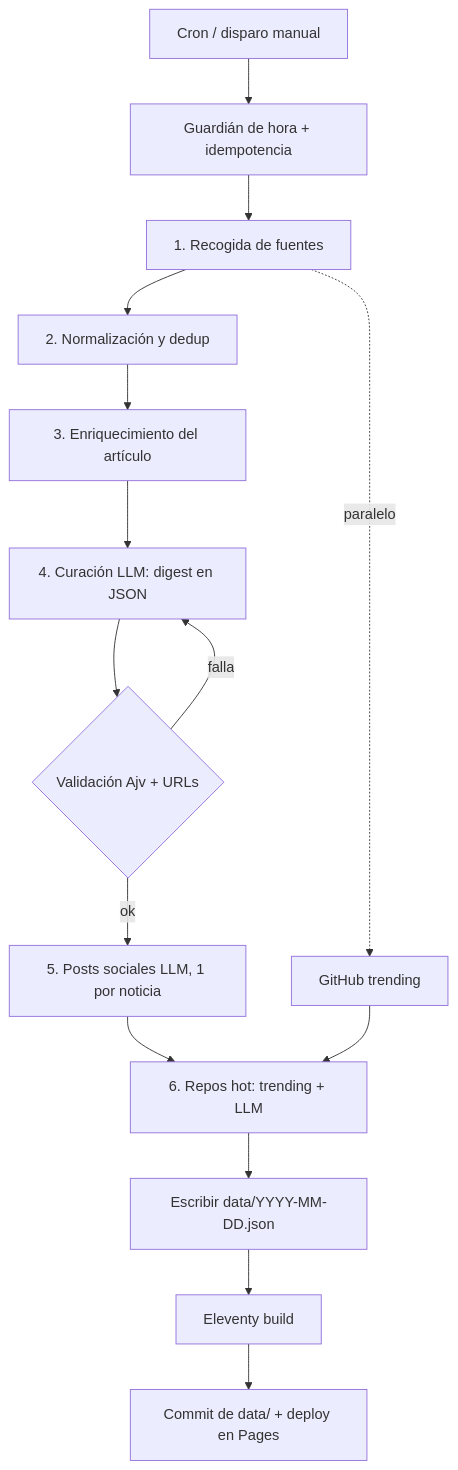
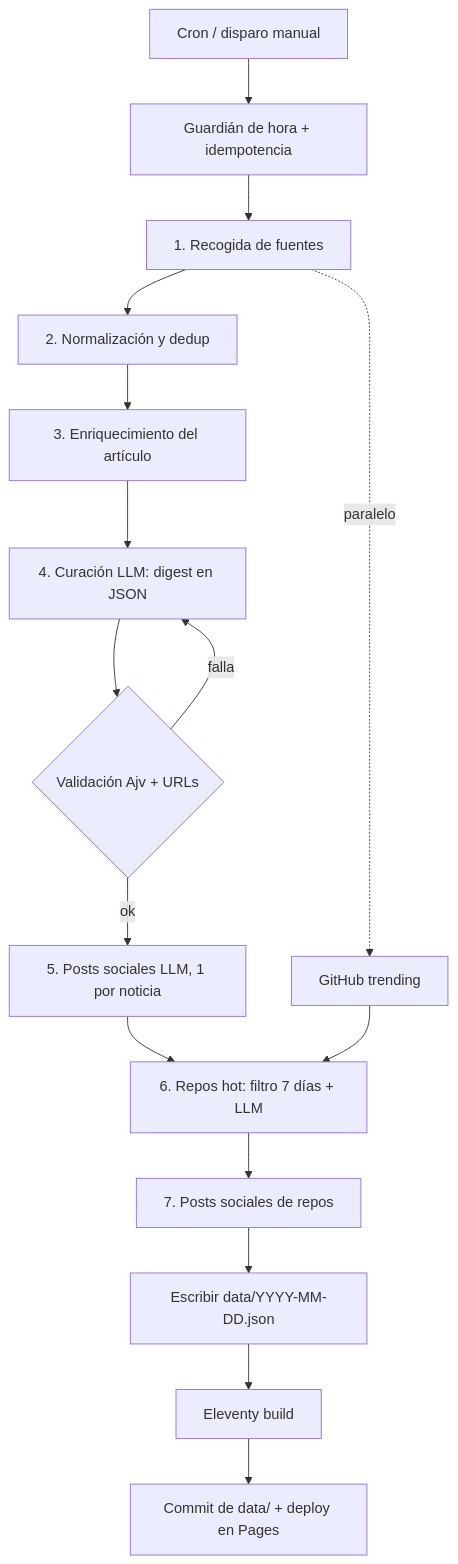
Before and after one commit to iDiagoValeta/automated-news: the diagram in docs/flujo-tecnico.md, drawn with Mermaid. The commit also changed other lines of this file and 5 other files, not shown here.

````diff
--- a/docs/flujo-tecnico.md
+++ b/docs/flujo-tecnico.md
@@ -11,17 +11,18 @@
 ```mermaid
 flowchart TD
     A[Cron / disparo manual] --> B[Guardián de hora + idempotencia]
     B --> C[1. Recogida de fuentes]
     C --> D[2. Normalización y dedup]
     D --> E[3. Enriquecimiento del artículo]
     E --> F[4. Curación LLM: digest en JSON]
     F --> G{Validación Ajv + URLs}
     G -- falla --> F
     G -- ok --> H[5. Posts sociales LLM, 1 por noticia]
-    H --> I[6. Repos hot: trending + LLM]
-    I --> J[Escribir data/YYYY-MM-DD.json]
+    H --> I[6. Repos hot: filtro 7 días + LLM]
+    I --> S[7. Posts sociales de repos]
+    S --> J[Escribir data/YYYY-MM-DD.json]
     J --> K[Eleventy build]
     K --> L[Commit de data/ + deploy en Pages]
     C -. paralelo .-> R[GitHub trending]
     R --> I
 ```
````
